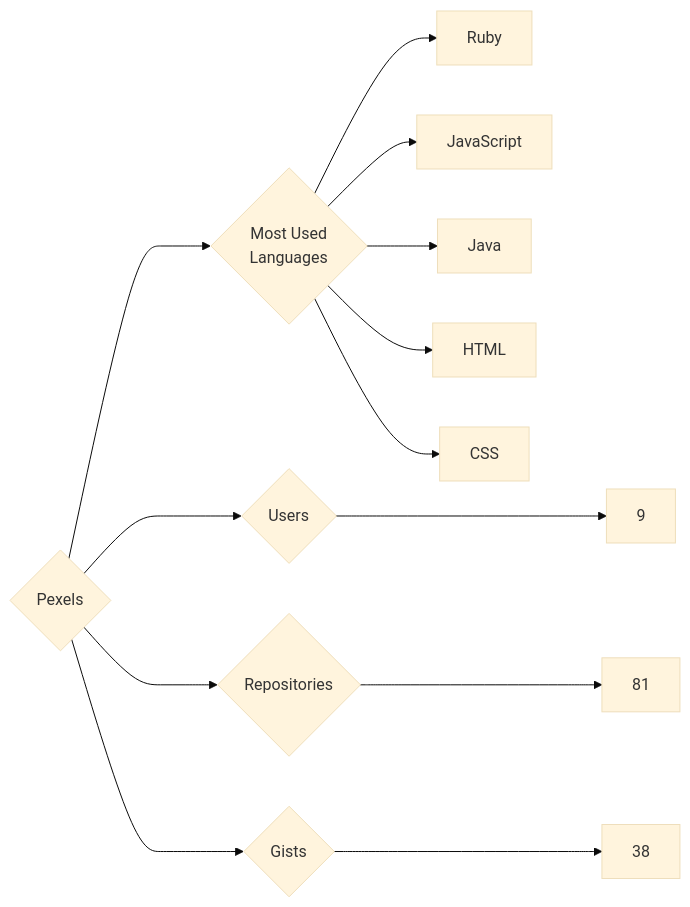
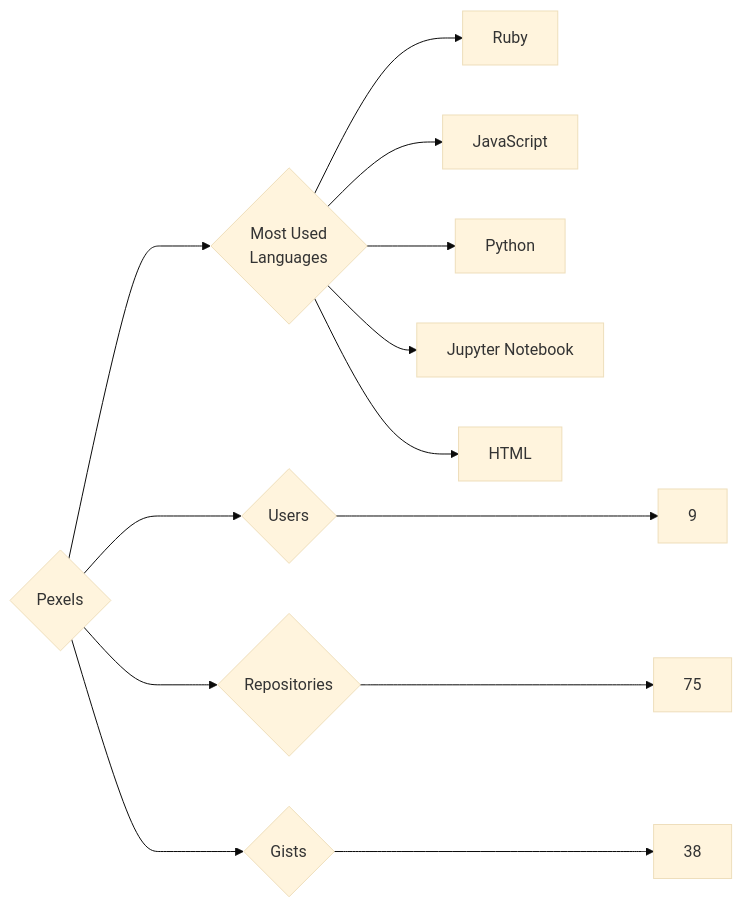
The diagram in targets/Pexels/README.md (trickest/insiders), drawn with Mermaid (base theme) before and after one commit. The commit also changed 995 other files, not shown here.

````diff
--- a/targets/Pexels/README.md
+++ b/targets/Pexels/README.md
@@ -3,13 +3,13 @@
 ```mermaid
 graph LR
 COMPANY_NAME{Pexels}
 COMPANY_NAME ---> U{Users} ---> UN[9]
-COMPANY_NAME ---> R{Repositories} ---> RN[81]
+COMPANY_NAME ---> R{Repositories} ---> RN[75]
 COMPANY_NAME ---> G{Gists} ---> GN[38]
 COMPANY_NAME ---> ML{Most Used<br>Languages}
 ML --> Ruby[Ruby]
 ML --> JavaScript[JavaScript]
-ML --> Java[Java]
+ML --> Python[Python]
+ML --> Jupyter_Notebook[Jupyter Notebook]
 ML --> HTML[HTML]
-ML --> CSS[CSS]
 ```
````
